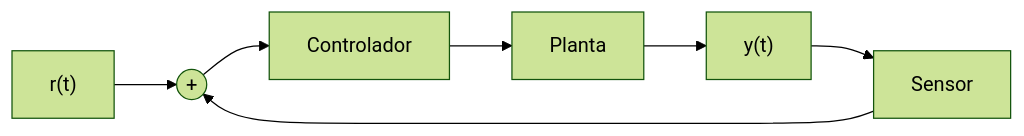
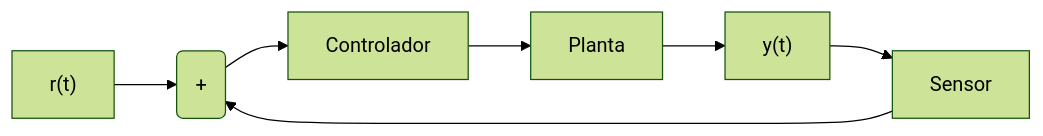
Before and after one commit to MarcoAntOliveira/controle_digital: the first of 6 diagrams in README.md, drawn with Mermaid (forest theme).

````diff
--- a/README.md
+++ b/README.md
@@ -23,10 +23,10 @@
 ```mermaid
 graph LR
-    R["r(t)"] --> S1(("+"))
+    R["r(t)"] --> S1("+")
     S1 --> C["Controlador"]
     C --> P["Planta"]
     P --> Y["y(t)"]
     Y --> S["Sensor"]
     S --> S1
     style S1 circle
 ```
````
